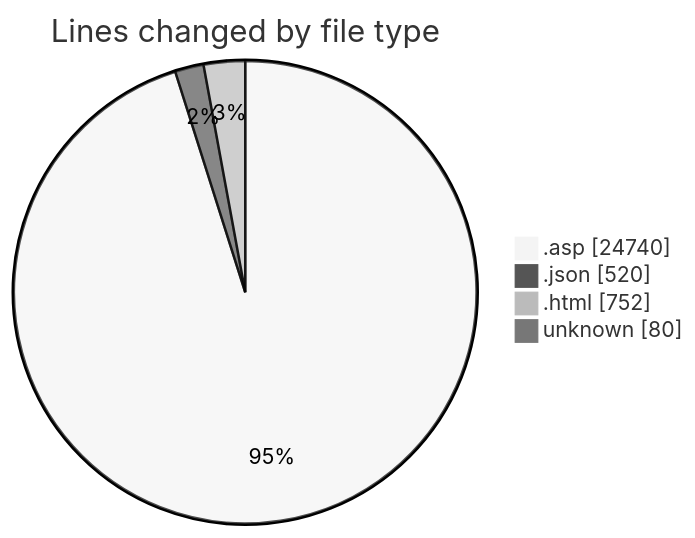
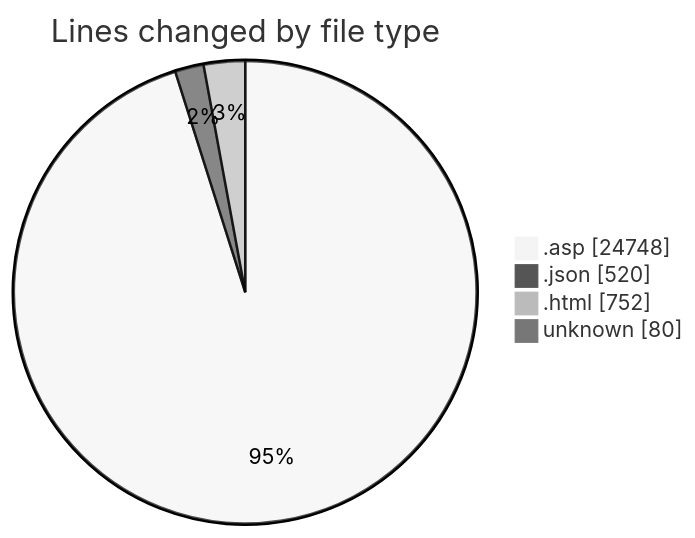
The first of 2 diagrams in 2025-11-01/cdp_aleoudev_fr__workspace_/README.md (julien-gomy/code-tracking), drawn with Mermaid (neutral theme) before and after one commit. The commit also changed other lines of this file and 1 other file, not shown here.

````diff
--- a/2025-11-01/cdp_aleoudev_fr__workspace_/README.md
+++ b/2025-11-01/cdp_aleoudev_fr__workspace_/README.md
@@ -34,8 +34,8 @@
 ```mermaid
 pie showData
 title Lines changed by file type
-".asp" : 24740
+".asp" : 24748
 ".json" : 520
 ".html" : 752
 "unknown" : 80
 ```
````
